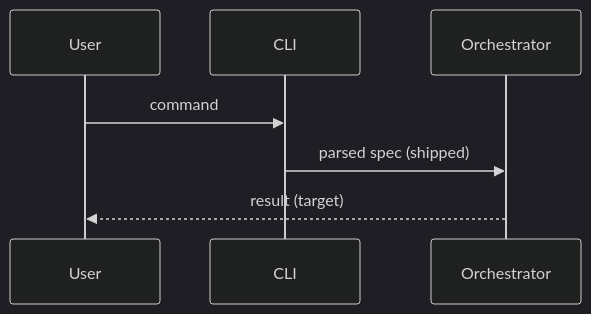
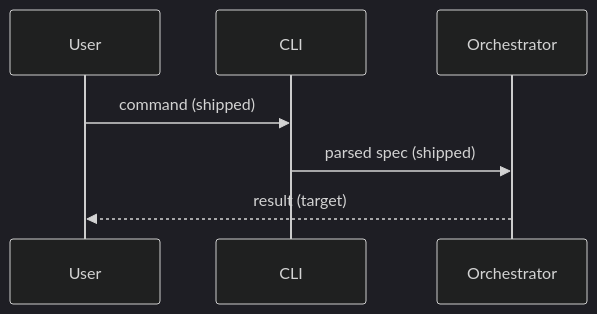
Before and after one commit to chonalchendo/anvil: the first of 2 diagrams in anvil/skills/writing-system-design/references/phases.md, drawn with Mermaid (dark theme). The commit also changed other lines of this file and 2 other files, not shown here.

````diff
--- a/anvil/skills/writing-system-design/references/phases.md
+++ b/anvil/skills/writing-system-design/references/phases.md
@@ -41,9 +41,9 @@
 ```mermaid
 sequenceDiagram
     participant User
     participant CLI
     participant Orchestrator
-    User->>CLI: command
+    User->>CLI: command (shipped)
     CLI->>Orchestrator: parsed spec (shipped)
     Orchestrator-->>User: result (target)
 ```
````
